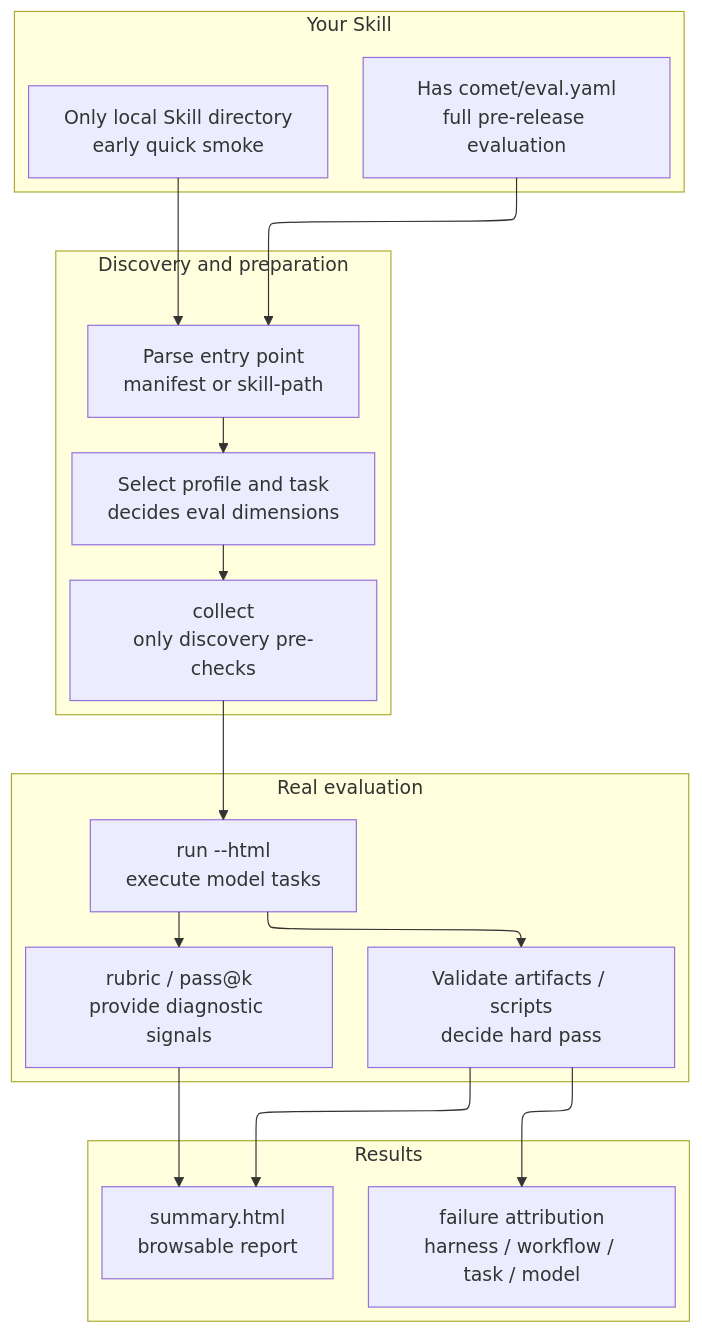
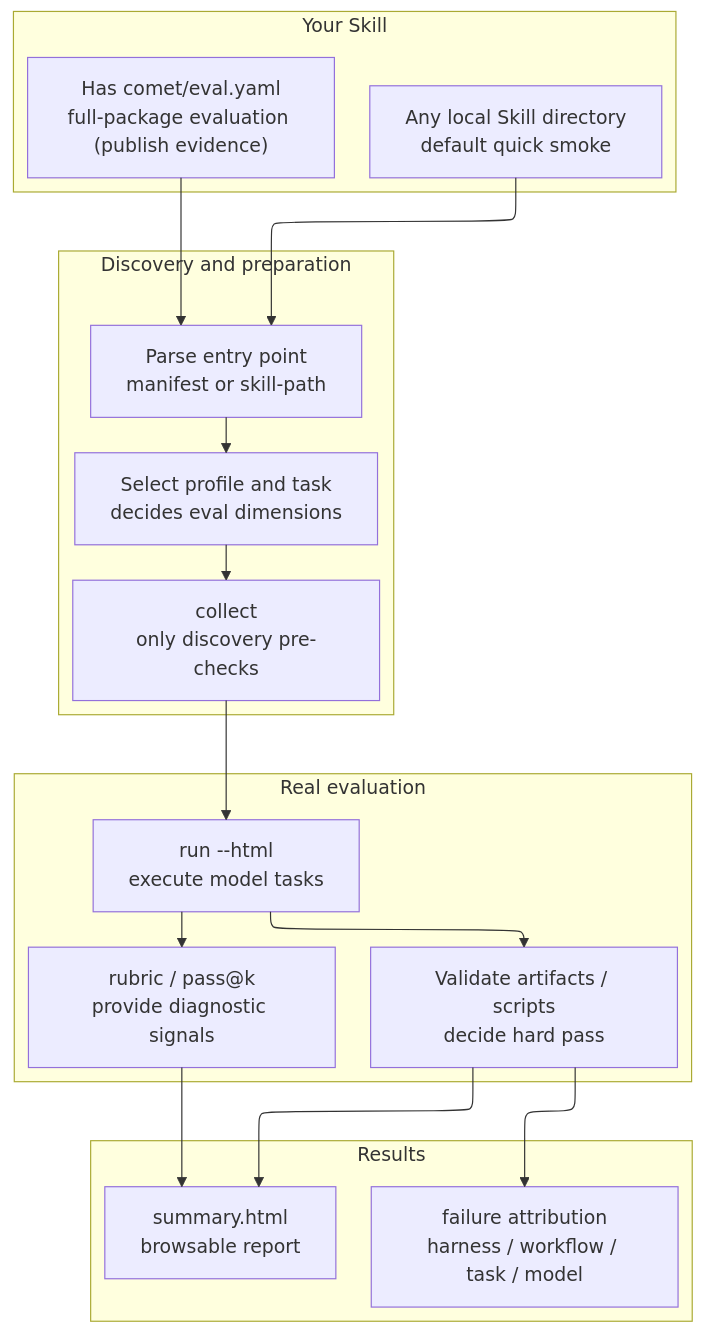
One commit to rpamis/comet-website-docs changed the first of 2 diagrams in en/eval/overview.mdx. Above: the diagram before and after it, drawn with Mermaid. The commit also changed other lines of this file and 9 other files, not shown here.

First line of the commit message:
docs: lead eval docs with skill-path entry, de-emphasize eval.yaml

````diff
--- a/en/eval/overview.mdx
+++ b/en/eval/overview.mdx
@@ -47,31 +47,31 @@
 ```mermaid
 %%{init: {'flowchart': {'defaultRenderer': 'elk'}}}%%
 flowchart TB
   subgraph Input["Your Skill"]
-    A["Has comet/eval.yaml<br/>full pre-release evaluation"]
-    B["Only local Skill directory<br/>early quick smoke"]
+    A["Any local Skill directory<br/>default quick smoke"]
+    B["Has comet/eval.yaml<br/>full-package evaluation (publish evidence)"]
   end
 
   subgraph Discover["Discovery and preparation"]
     C["Parse entry point<br/>manifest or skill-path"]
     D["Select profile and task<br/>decides eval dimensions"]
     E["collect<br/>only discovery pre-checks"]
   end
 
   subgraph Run["Real evaluation"]
     F["run --html<br/>execute model tasks"]
     G["Validate artifacts / scripts<br/>decide hard pass"]
     H["rubric / pass@k<br/>provide diagnostic signals"]
   end
 
   subgraph Output["Results"]
     I["summary.html<br/>browsable report"]
     J["failure attribution<br/>harness / workflow / task / model"]
   end
 
   A --> C
   B --> C
   C --> D --> E --> F --> G --> I
   F --> H --> I
   G --> J
 ```
````
